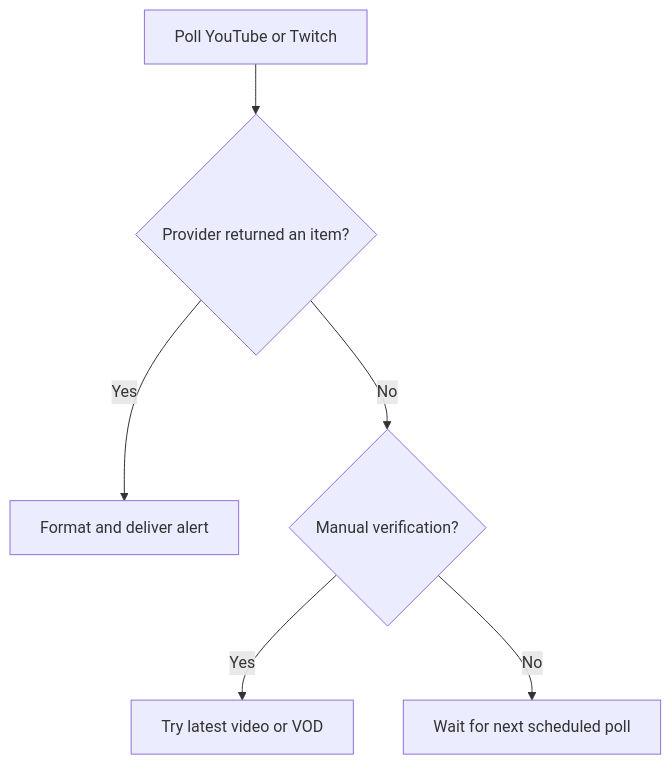
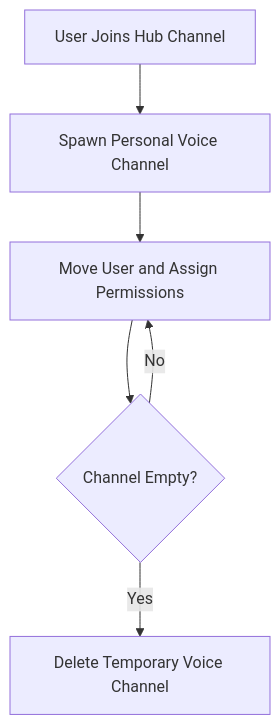
Before and after one commit to HELIX-Origin/HELIX-Discord-Bot: the fourth of 11 diagrams in ROADMAP.md, drawn with Mermaid. The commit also changed other lines of this file and 7 other files, not shown here.

Commit message:
docs: align root tracking files and templates with active-first layout and full repo roadmap

````diff
--- a/ROADMAP.md
+++ b/ROADMAP.md
@@ -92,8 +143,8 @@
 ```mermaid
 flowchart TD
-    A["Poll YouTube or Twitch"] --> B{"Provider returned an item?"}
-    B -->|Yes| C["Format and deliver alert"]
-    B -->|No| D{"Manual verification?"}
-    D -->|Yes| E["Try latest video or VOD"]
-    D -->|No| F["Wait for next scheduled poll"]
+    A["User Joins Hub Channel"] --> B["Spawn Personal Voice Channel"]
+    B --> C["Move User and Assign Permissions"]
+    C --> D{"Channel Empty?"}
+    D -->|Yes| E["Delete Temporary Voice Channel"]
+    D -->|No| C
 ```
````
